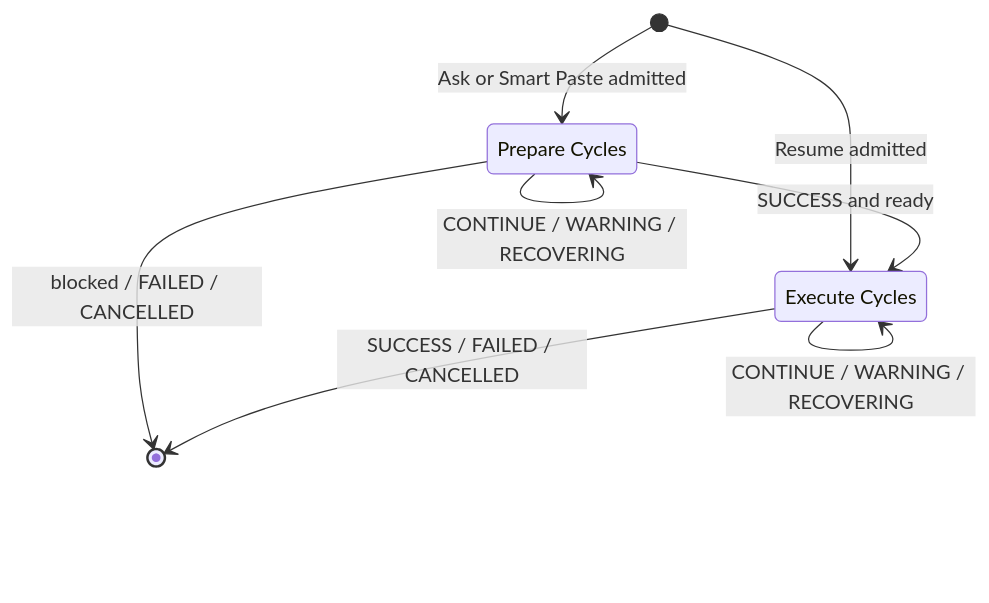
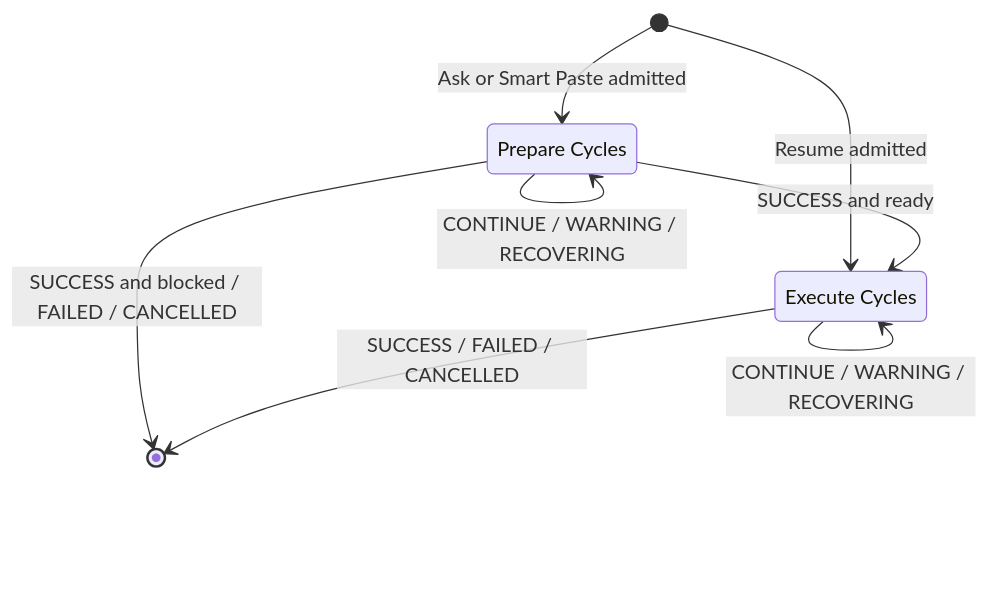
The second of 5 diagrams in docs/agent-runtime.md (stark-lin/job-agent-browser), drawn with Mermaid before and after one commit. The commit also changed other lines of this file and 32 other files, not shown here.

````diff
--- a/docs/agent-runtime.md
+++ b/docs/agent-runtime.md
@@ -48,12 +52,12 @@
 ```mermaid
 stateDiagram-v2
     state "Prepare Cycles" as Prepare
     state "Execute Cycles" as Execute
     [*] --> Prepare: Ask or Smart Paste admitted
     [*] --> Execute: Resume admitted
     Prepare --> Prepare: CONTINUE / WARNING / RECOVERING
     Prepare --> Execute: SUCCESS and ready
-    Prepare --> [*]: blocked / FAILED / CANCELLED
+    Prepare --> [*]: SUCCESS and blocked / FAILED / CANCELLED
     Execute --> Execute: CONTINUE / WARNING / RECOVERING
     Execute --> [*]: SUCCESS / FAILED / CANCELLED
 ```
````
